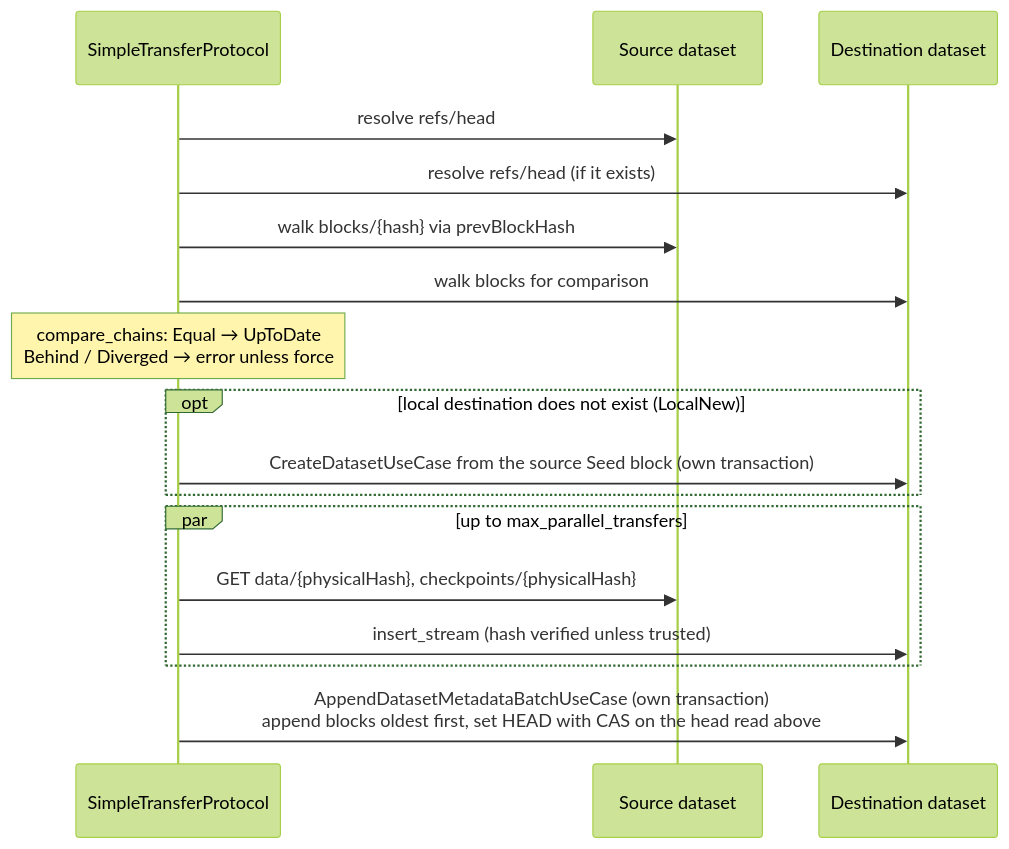
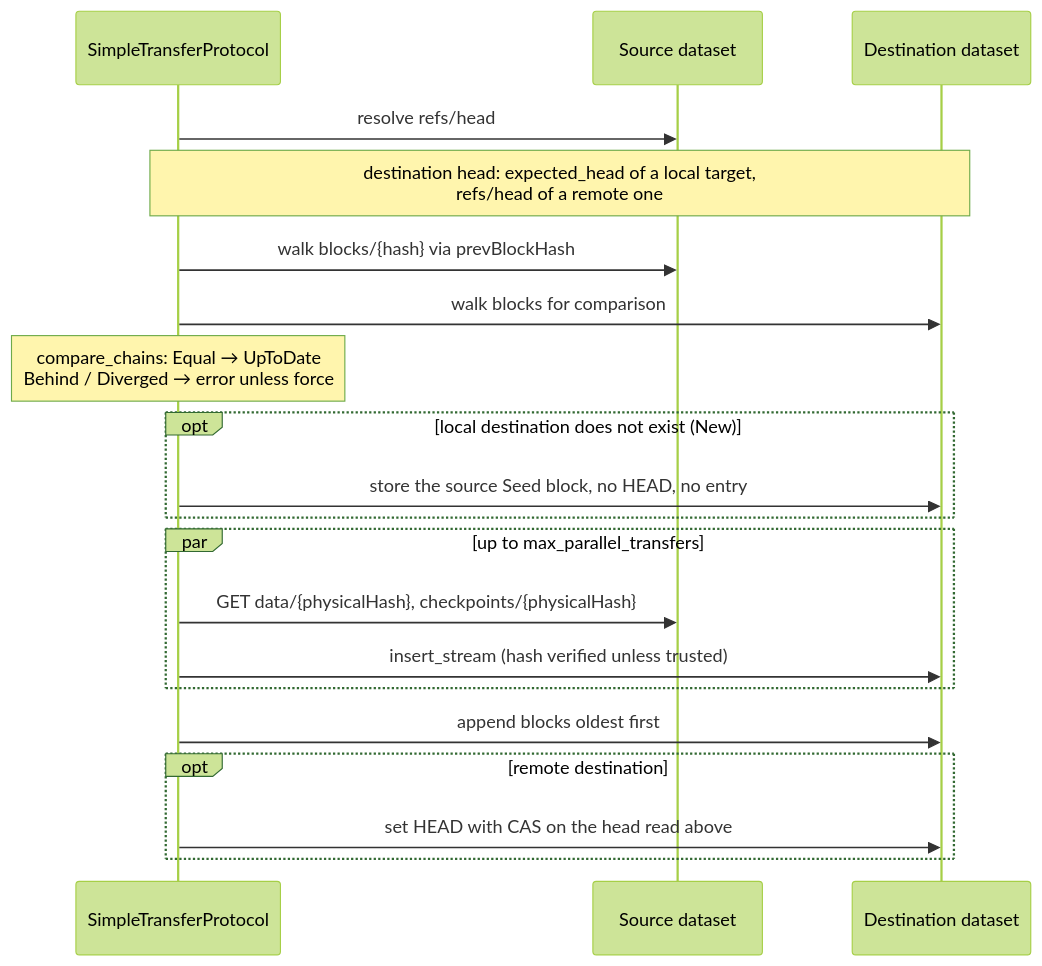
One commit to kamu-data/kamu-cli changed the first of 3 diagrams in docs/internal/dataset-sync.md. Above: the diagram before and after it, drawn with Mermaid (forest theme). The commit also changed other lines of this file and 48 other files, not shown here.

Commit message:
DS5.1/DS5.2: pull transfers without moving HEAD, commit in the caller's transaction

````diff
--- a/docs/internal/dataset-sync.md
+++ b/docs/internal/dataset-sync.md
@@ -166,19 +197,22 @@
 ```mermaid
 sequenceDiagram
     participant C as SimpleTransferProtocol
     participant S as Source dataset
     participant D as Destination dataset
     C->>S: resolve refs/head
-    C->>D: resolve refs/head (if it exists)
+    Note over C,D: destination head: expected_head of a local target,<br/>refs/head of a remote one
     C->>S: walk blocks/{hash} via prevBlockHash
     C->>D: walk blocks for comparison
     Note over C: compare_chains: Equal → UpToDate<br/>Behind / Diverged → error unless force
-    opt local destination does not exist (LocalNew)
-        C->>D: CreateDatasetUseCase from the source Seed block (own transaction)
+    opt local destination does not exist (New)
+        C->>D: store the source Seed block, no HEAD, no entry
     end
     par up to max_parallel_transfers
         C->>S: GET data/{physicalHash}, checkpoints/{physicalHash}
         C->>D: insert_stream (hash verified unless trusted)
     end
-    C->>D: AppendDatasetMetadataBatchUseCase (own transaction)<br/>append blocks oldest first, set HEAD with CAS on the head read above
+    C->>D: append blocks oldest first
+    opt remote destination
+        C->>D: set HEAD with CAS on the head read above
+    end
 ```
````
